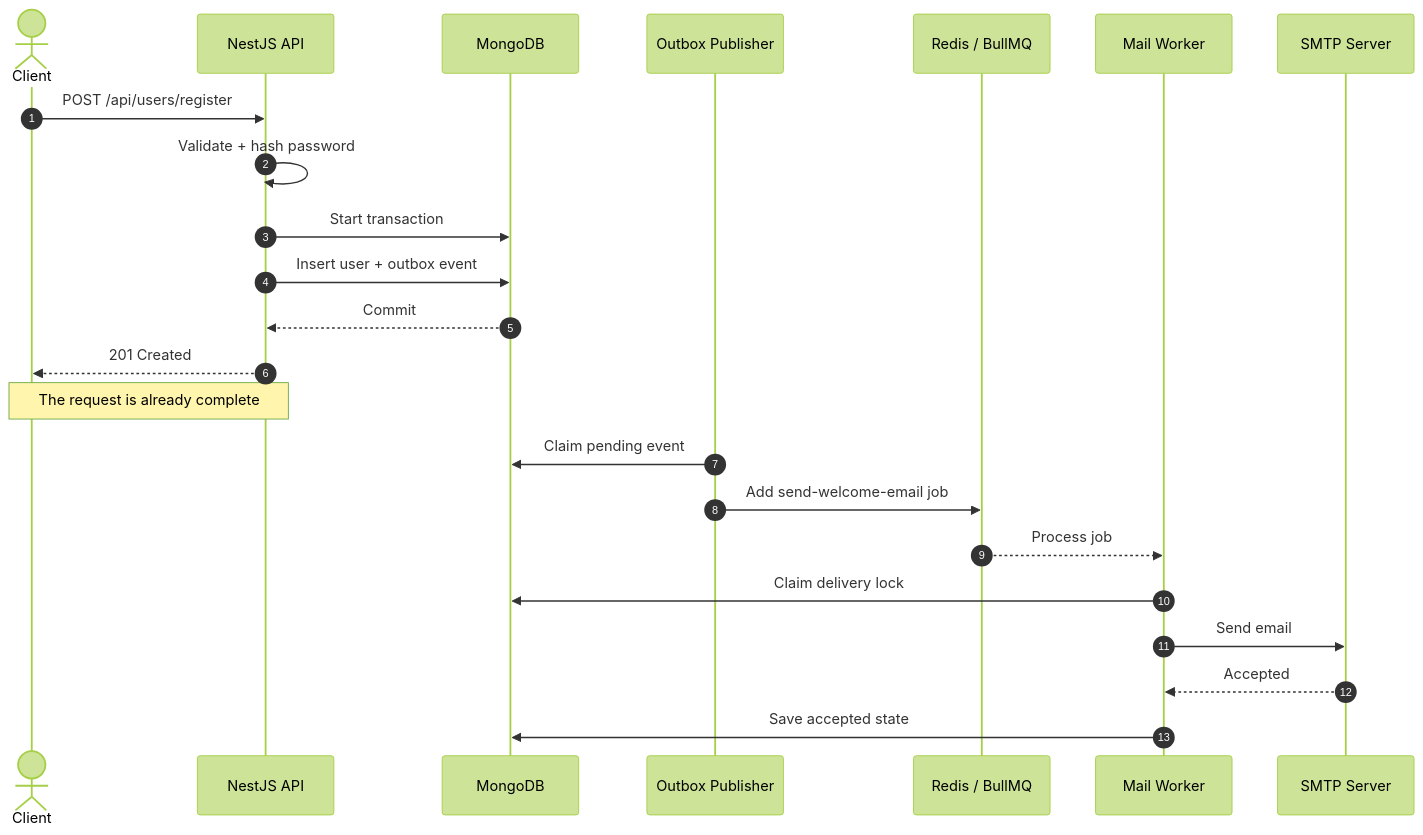
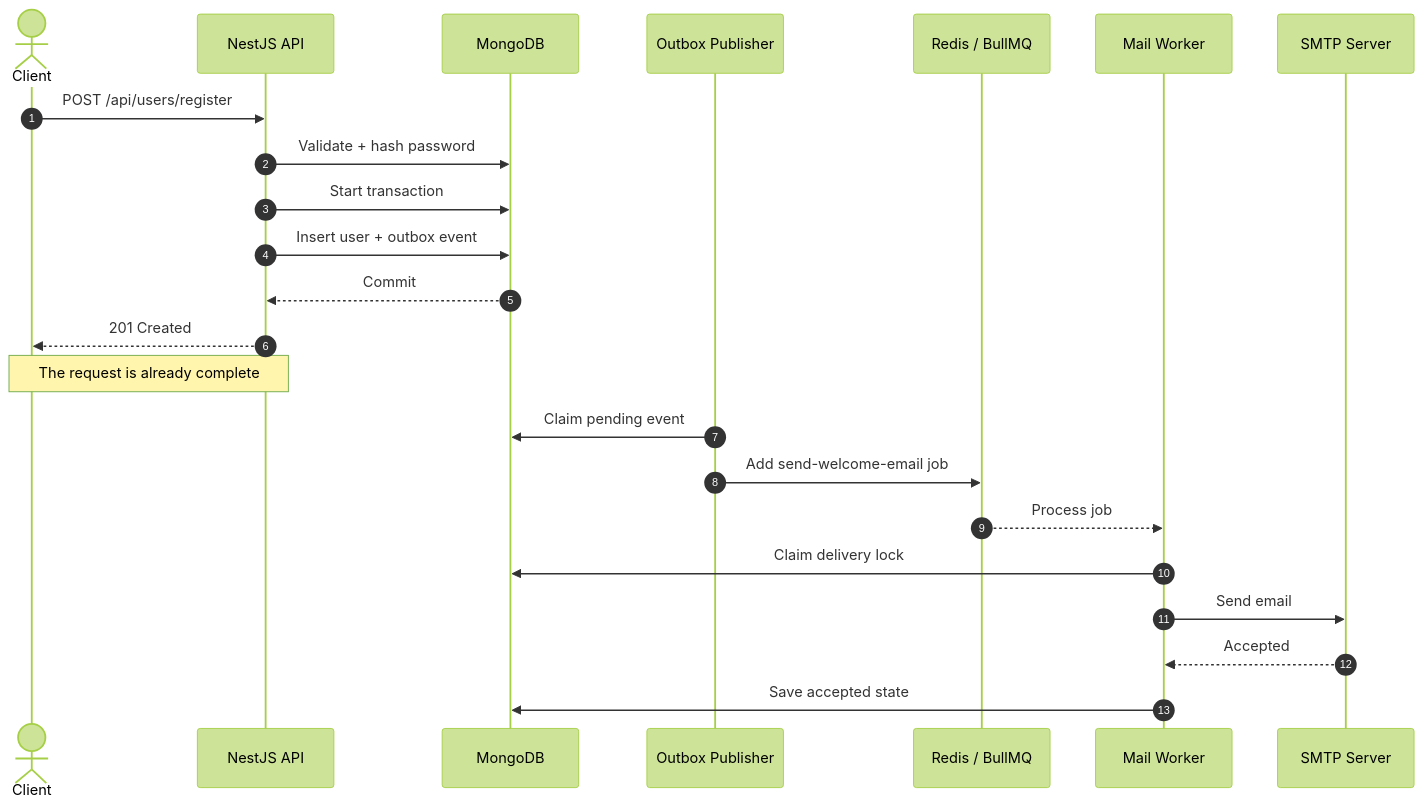
Before and after one commit to c4nzin/nestjs-prod-email-jobs: the second of 5 diagrams in README.md, drawn with Mermaid (forest theme).

````diff
--- a/README.md
+++ b/README.md
@@ -70,28 +70,28 @@
 ```mermaid
 sequenceDiagram
     autonumber
     actor C as Client
     participant A as NestJS API
     participant M as MongoDB
     participant P as Outbox Publisher
     participant Q as Redis / BullMQ
     participant W as Mail Worker
     participant S as SMTP Server
 
     C->>A: POST /api/users/register
-    A->>A: Validate + hash password
+    A->>M: Validate + hash password
     A->>M: Start transaction
     A->>M: Insert user + outbox event
     M-->>A: Commit
     A-->>C: 201 Created
 
     Note over C,A: The request is already complete
 
     P->>M: Claim pending event
     P->>Q: Add send-welcome-email job
     Q-->>W: Process job
     W->>M: Claim delivery lock
     W->>S: Send email
     S-->>W: Accepted
     W->>M: Save accepted state
 ```
````
